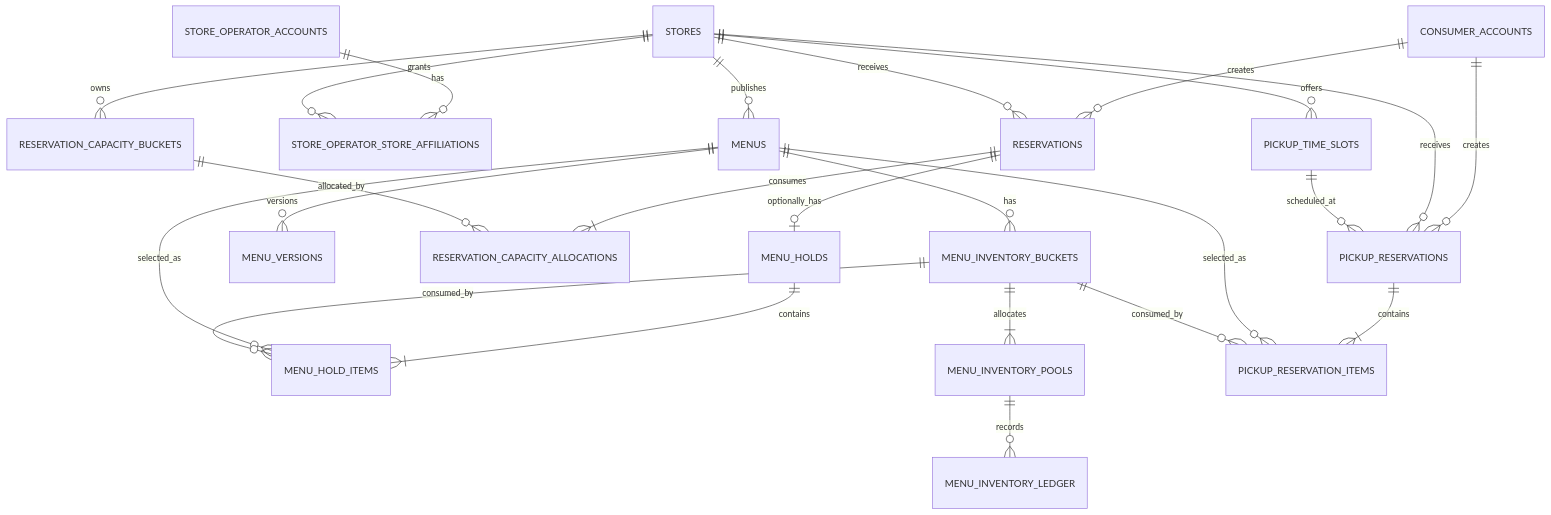
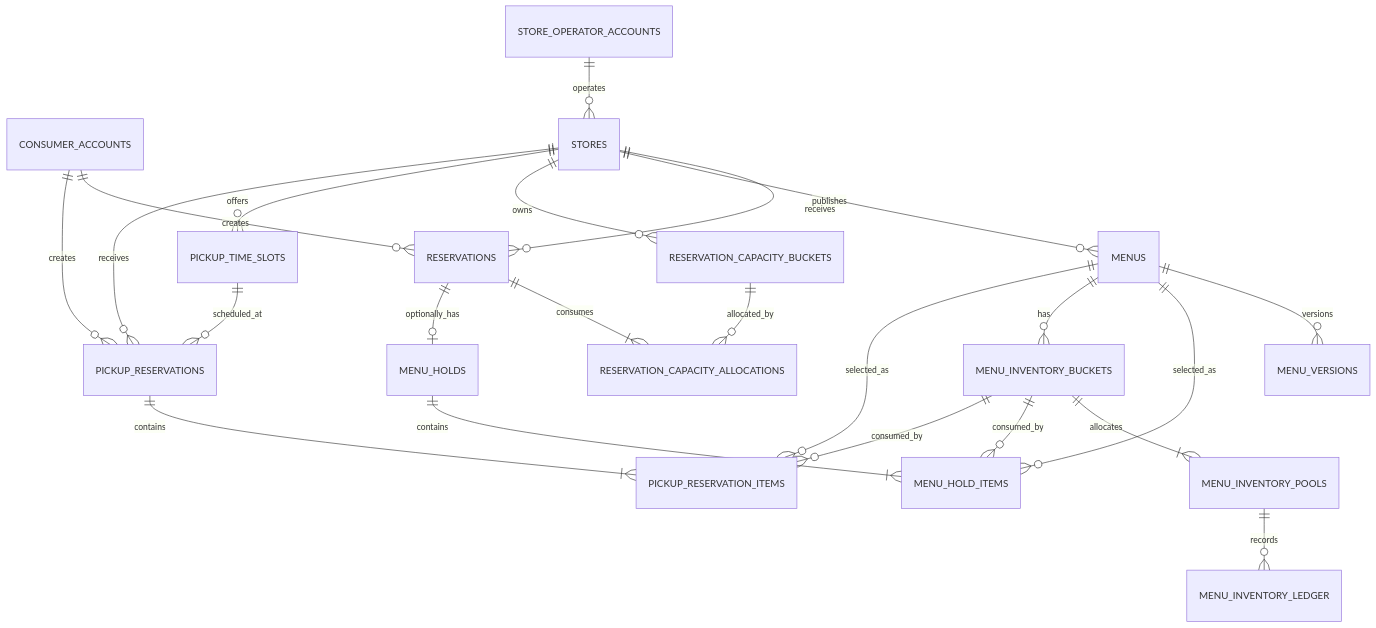
The diagram in docs/specs/mvp1-common/domain-model.md (sparta-spring4/Commerce-Final-Project-MiriYum), drawn with Mermaid before and after one commit. The commit also changed other lines of this file and 14 other files, not shown here.

Commit message:
docs: simplify store operator ownership for mvp1

````diff
--- a/docs/specs/mvp1-common/domain-model.md
+++ b/docs/specs/mvp1-common/domain-model.md
@@ -402,32 +402,31 @@
 ```mermaid
 erDiagram
     CONSUMER_ACCOUNTS ||--o{ RESERVATIONS : creates
     CONSUMER_ACCOUNTS ||--o{ PICKUP_RESERVATIONS : creates
 
-    STORE_OPERATOR_ACCOUNTS ||--o{ STORE_OPERATOR_STORE_AFFILIATIONS : has
-    STORES ||--o{ STORE_OPERATOR_STORE_AFFILIATIONS : grants
+    STORE_OPERATOR_ACCOUNTS ||--o{ STORES : operates
 
     STORES ||--o{ RESERVATIONS : receives
     STORES ||--o{ MENUS : publishes
     MENUS ||--o{ MENU_VERSIONS : versions
 
     STORES ||--o{ RESERVATION_CAPACITY_BUCKETS : owns
     RESERVATIONS ||--|{ RESERVATION_CAPACITY_ALLOCATIONS : consumes
     RESERVATION_CAPACITY_BUCKETS ||--o{ RESERVATION_CAPACITY_ALLOCATIONS : allocated_by
 
     RESERVATIONS ||--o| MENU_HOLDS : optionally_has
     MENU_HOLDS ||--|{ MENU_HOLD_ITEMS : contains
     MENUS ||--o{ MENU_HOLD_ITEMS : selected_as
 
     MENUS ||--o{ MENU_INVENTORY_BUCKETS : has
     MENU_INVENTORY_BUCKETS ||--|{ MENU_INVENTORY_POOLS : allocates
     MENU_INVENTORY_POOLS ||--o{ MENU_INVENTORY_LEDGER : records
     MENU_INVENTORY_BUCKETS ||--o{ MENU_HOLD_ITEMS : consumed_by
 
     STORES ||--o{ PICKUP_TIME_SLOTS : offers
     STORES ||--o{ PICKUP_RESERVATIONS : receives
     PICKUP_TIME_SLOTS ||--o{ PICKUP_RESERVATIONS : scheduled_at
     PICKUP_RESERVATIONS ||--|{ PICKUP_RESERVATION_ITEMS : contains
     MENUS ||--o{ PICKUP_RESERVATION_ITEMS : selected_as
     MENU_INVENTORY_BUCKETS ||--o{ PICKUP_RESERVATION_ITEMS : consumed_by
 ```
````
